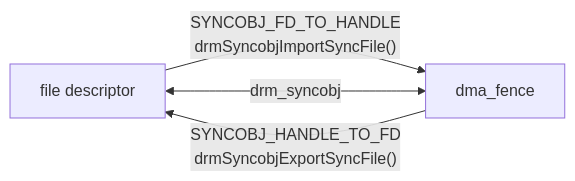
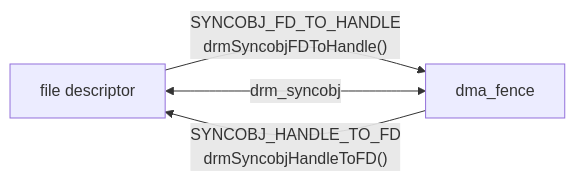
The fifth of 6 diagrams in source/_posts/lnx/dma-buf.md (lucmann/lucmann.github.io), drawn with Mermaid before and after one commit. The commit also changed other lines of this file, not shown here.

Commit message:
linux: SyncobjExport/ImportSyncFile

````diff
--- a/source/_posts/lnx/dma-buf.md
+++ b/source/_posts/lnx/dma-buf.md
@@ -367,9 +367,9 @@
 ```mermaid
 flowchart LR
   A[file descriptor]
   B[dma_fence]
 
-  A -- SYNCOBJ_FD_TO_HANDLE<br>drmSyncobjImportSyncFile() --> B
+  A -- SYNCOBJ_FD_TO_HANDLE<br>drmSyncobjFDToHandle() --> B
   A <-- drm_syncobj --> B
-  B -- SYNCOBJ_HANDLE_TO_FD<br>drmSyncobjExportSyncFile() --> A
+  B -- SYNCOBJ_HANDLE_TO_FD<br>drmSyncobjHandleToFD() --> A
 ```
````
